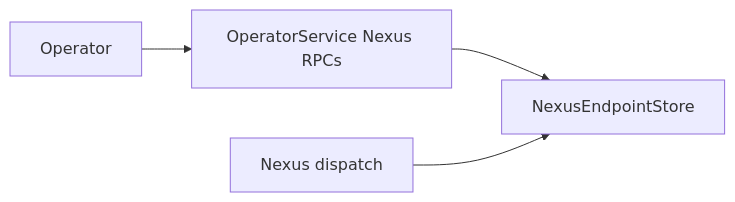
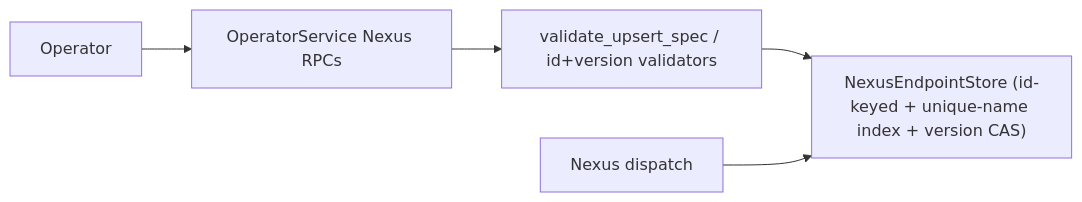
One commit to tokeira/tokeira changed the diagram in .kiro/specs/api-conformance-nexus-admin/design.md. Above: the diagram before and after it, drawn with Mermaid. The commit also changed other lines of this file and 3 other files, not shown here.

First line of the commit message:
docs(spec): ground-truth nexus-admin + FINDINGS C4 split, ordering, recipe

````diff
--- a/.kiro/specs/api-conformance-nexus-admin/design.md
+++ b/.kiro/specs/api-conformance-nexus-admin/design.md
@@ -21,6 +47,7 @@
 ```mermaid
 flowchart LR
     Operator --> Grpc["OperatorService Nexus RPCs"]
-    Grpc --> Registry["NexusEndpointStore"]
+    Grpc --> Validate["validate_upsert_spec / id+version validators"]
+    Validate --> Registry["NexusEndpointStore (id-keyed + unique-name index + version CAS)"]
     Runtime["Nexus dispatch"] --> Registry
 ```
````
